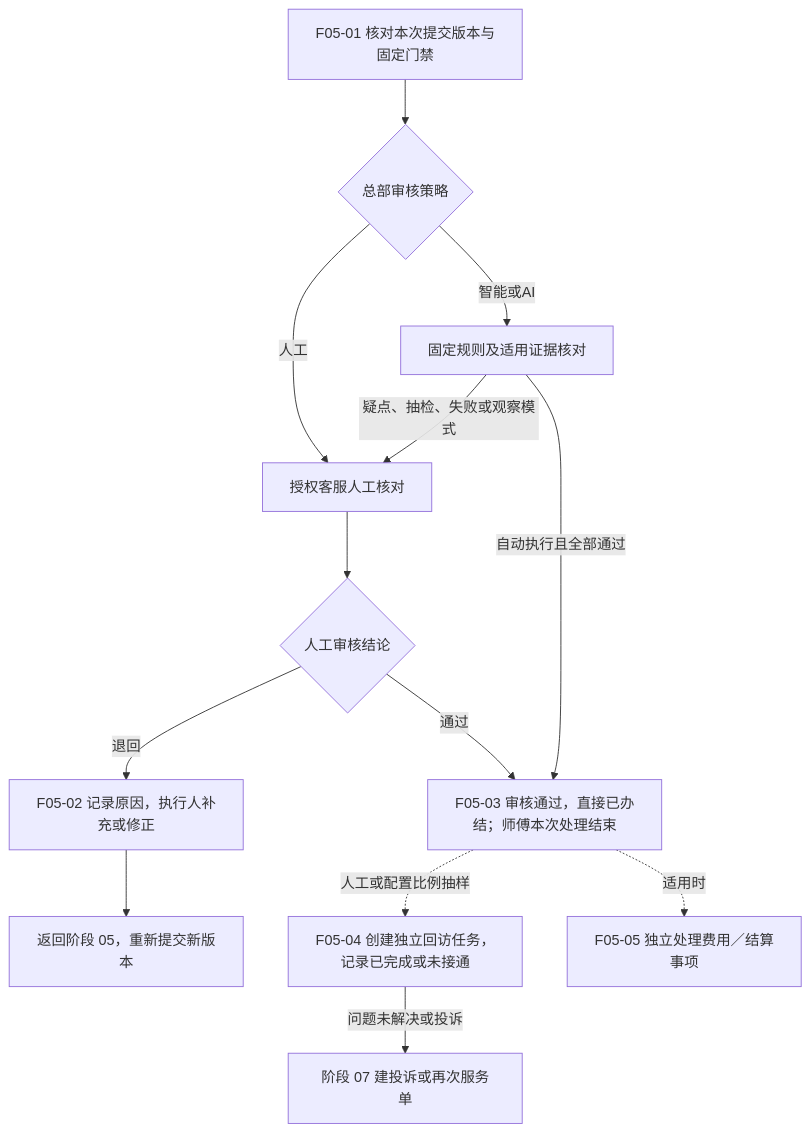
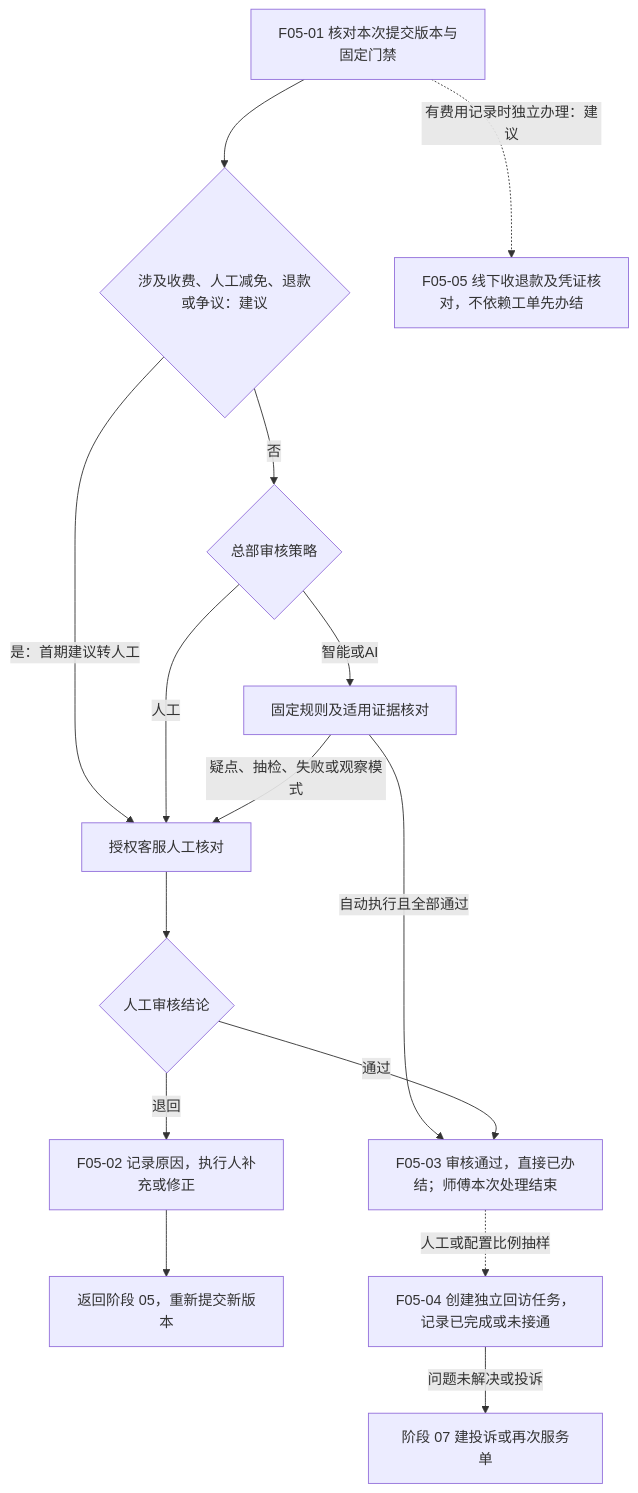
Before and after one commit to zhiyuan23/toto-after-sales-docs: the diagram in 05-业务流程/06-完工审核与回访关闭.md, drawn with Mermaid. The commit also changed other lines of this file and 41 other files, not shown here.

````diff
--- a/05-业务流程/06-完工审核与回访关闭.md
+++ b/05-业务流程/06-完工审核与回访关闭.md
@@ -18,15 +20,17 @@
 ```mermaid
 flowchart TD
-    F05_01[F05-01 核对本次提交版本与固定门禁] --> MODE{总部审核策略}
+    F05_01[F05-01 核对本次提交版本与固定门禁] --> FEE{涉及收费、人工减免、退款或争议：建议}
+    FEE -->|否| MODE{总部审核策略}
+    FEE -->|是：首期建议转人工| HUMAN
     MODE -->|人工| HUMAN[授权客服人工核对]
     MODE -->|智能或AI| AUTO[固定规则及适用证据核对]
     AUTO -->|疑点、抽检、失败或观察模式| HUMAN
     AUTO -->|自动执行且全部通过| F05_03
     HUMAN --> A{人工审核结论}
     A -->|退回| F05_02[F05-02 记录原因，执行人补充或修正]
     F05_02 --> RETURN[返回阶段 05，重新提交新版本]
     A -->|通过| F05_03[F05-03 审核通过，直接已办结；师傅本次处理结束]
     F05_03 -. 人工或配置比例抽样 .-> F05_04[F05-04 创建独立回访任务，记录已完成或未接通]
-    F05_03 -. 适用时 .-> F05_05[F05-05 独立处理费用／结算事项]
+    F05_01 -. 有费用记录时独立办理：建议 .-> F05_05[F05-05 线下收退款及凭证核对，不依赖工单先办结]
     F05_04 -->|问题未解决或投诉| EX[阶段 07 建投诉或再次服务单]
 ```
````
